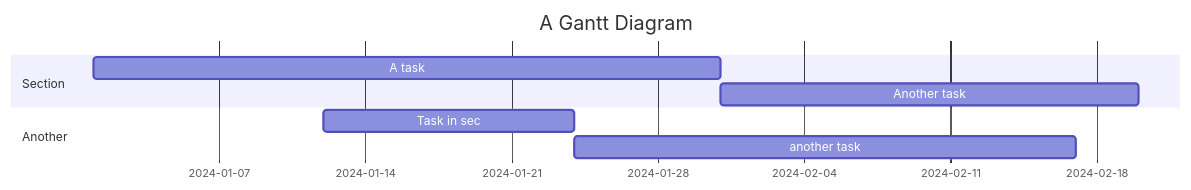
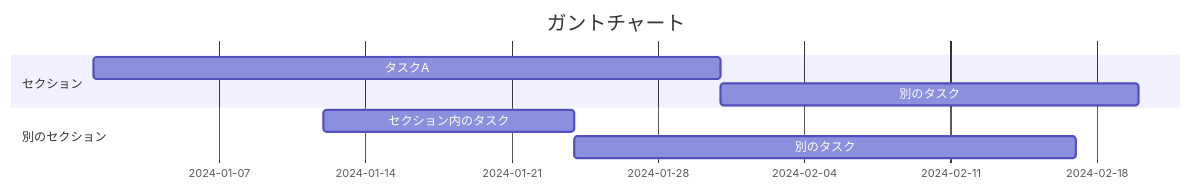
One commit to kght6123/mdpreview changed the fourth of 4 diagrams in docs/examples/mermaid.md. Above: the diagram before and after it, drawn with Mermaid. The commit also changed other lines of this file and 3 other files, not shown here.

````diff
--- a/docs/examples/mermaid.md
+++ b/docs/examples/mermaid.md
@@ -59,11 +59,11 @@
 ```mermaid
 gantt
-    title A Gantt Diagram
+    title ガントチャート
     dateFormat  YYYY-MM-DD
-    section Section
-    A task           :a1, 2024-01-01, 30d
-    Another task     :after a1  , 20d
-    section Another
-    Task in sec      :2024-01-12  , 12d
-    another task      : 24d
+    section セクション
+    タスクA           :a1, 2024-01-01, 30d
+    別のタスク     :after a1  , 20d
+    section 別のセクション
+    セクション内のタスク      :2024-01-12  , 12d
+    別のタスク      : 24d
 ```
````
